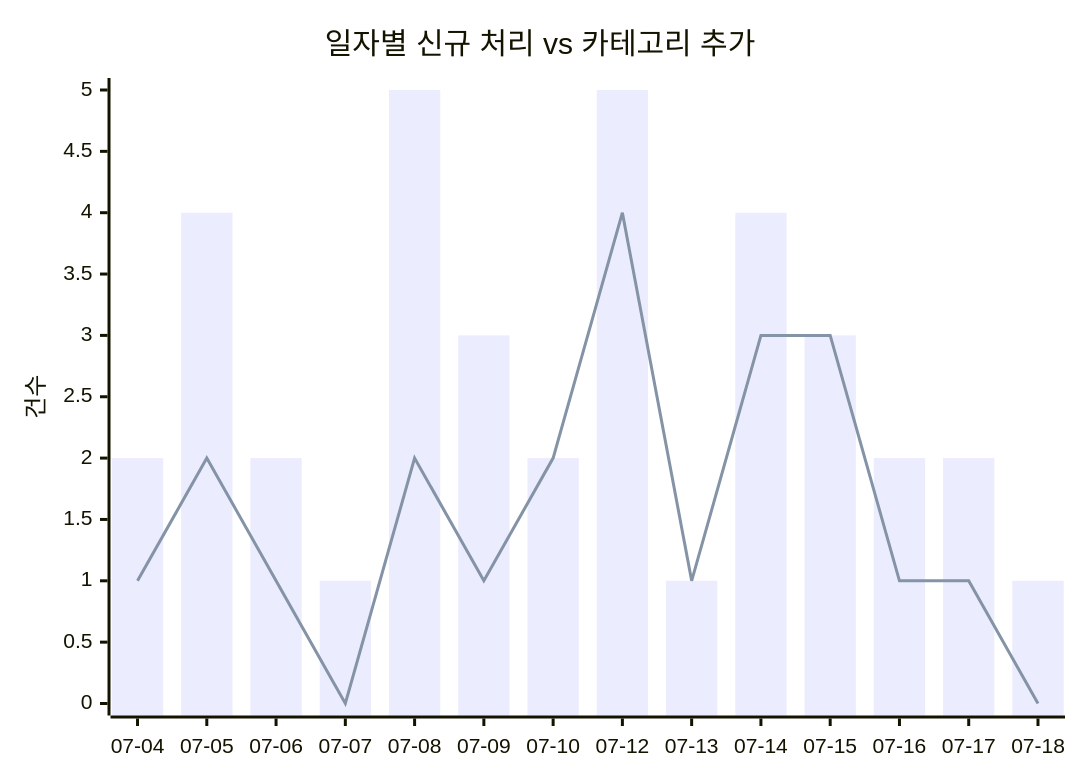
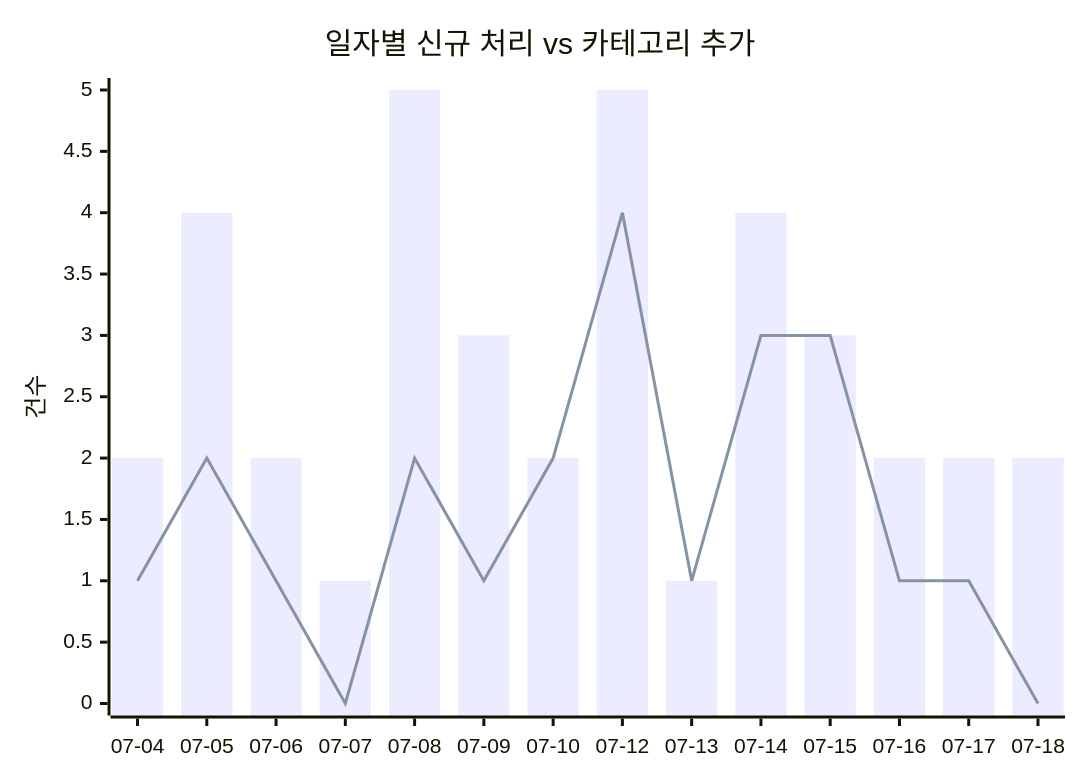
One commit to J-nowcow/awesome-korean-agent-skills changed the first of 2 diagrams in docs/trends.md. Above: the diagram before and after it, drawn with Mermaid. The commit also changed other lines of this file and 2 other files, not shown here.

````diff
--- a/docs/trends.md
+++ b/docs/trends.md
@@ -32,8 +32,8 @@
 ```mermaid
 xychart-beta
     title "일자별 신규 처리 vs 카테고리 추가"
     x-axis ["07-04","07-05","07-06","07-07","07-08","07-09","07-10","07-12","07-13","07-14","07-15","07-16","07-17","07-18"]
     y-axis "건수"
-    bar [2,4,2,1,5,3,2,5,1,4,3,2,2,1]
+    bar [2,4,2,1,5,3,2,5,1,4,3,2,2,2]
     line [1,2,1,0,2,1,2,4,1,3,3,1,1,0]
 ```
````
